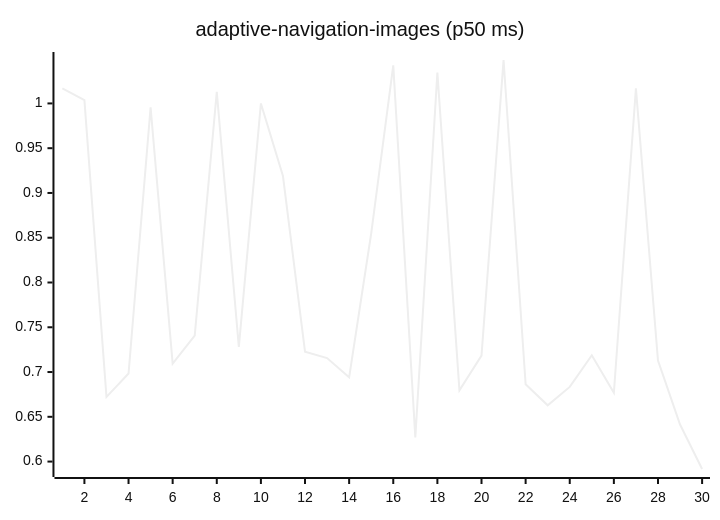
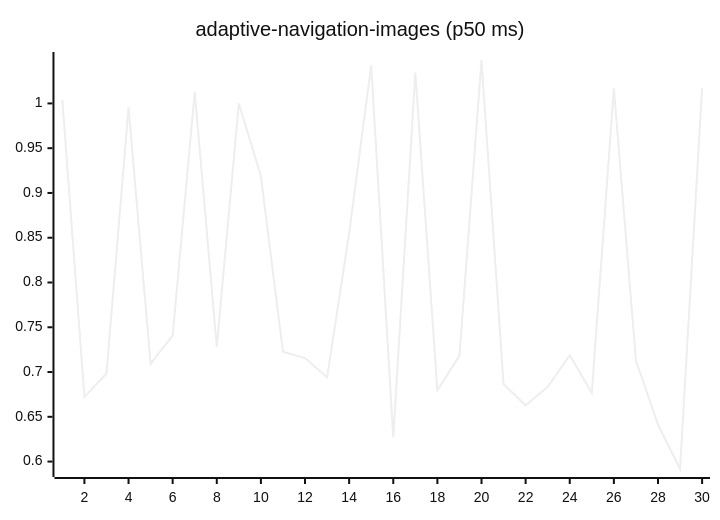
The first of 27 diagrams in README.md (josha/Facet), drawn with Mermaid (neutral theme) before and after one commit. The commit also changed other lines of this file and 2 other files, not shown here.

````diff
--- a/README.md
+++ b/README.md
@@ -63,6 +63,6 @@
 ```mermaid
 xychart-beta
     title "adaptive-navigation-images (p50 ms)"
     x-axis 1 --> 30
-    line [1.0169, 1.0037, 0.6721, 0.6983, 0.9956, 0.7094, 0.7407, 1.0129, 0.7280, 1.0000, 0.9189, 0.7227, 0.7156, 0.6941, 0.8547, 1.0425, 0.6269, 1.0344, 0.6795, 0.7184, 1.0485, 0.6864, 0.6628, 0.6834, 0.7187, 0.6768, 1.0168, 0.7129, 0.6414, 0.5917]
+    line [1.0037, 0.6721, 0.6983, 0.9956, 0.7094, 0.7407, 1.0129, 0.7280, 1.0000, 0.9189, 0.7227, 0.7156, 0.6941, 0.8547, 1.0425, 0.6269, 1.0344, 0.6795, 0.7184, 1.0485, 0.6864, 0.6628, 0.6834, 0.7187, 0.6768, 1.0168, 0.7129, 0.6414, 0.5917, 1.0177]
 ```
````
